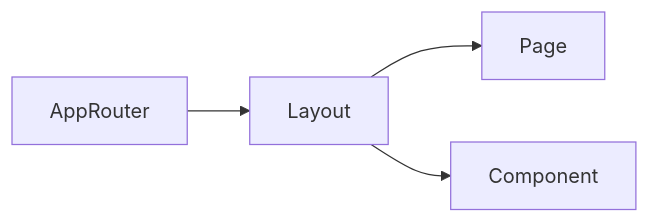
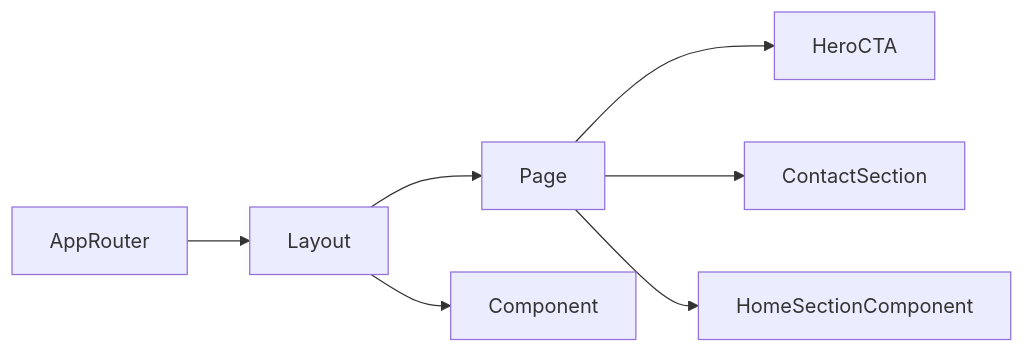
Before and after one commit to ipavic933-spec/website-pavic: the diagram in lode/terminology.md, drawn with Mermaid. The commit also changed other lines of this file and 22 other files, not shown here.

````diff
--- a/lode/terminology.md
+++ b/lode/terminology.md
@@ -17,6 +28,9 @@
 ```mermaid
 graph LR
   AppRouter --> Layout
   Layout --> Page
   Layout --> Component
+  Page --> HeroCTA
+  Page --> ContactSection
+  Page --> HomeSectionComponent
 ```
````
